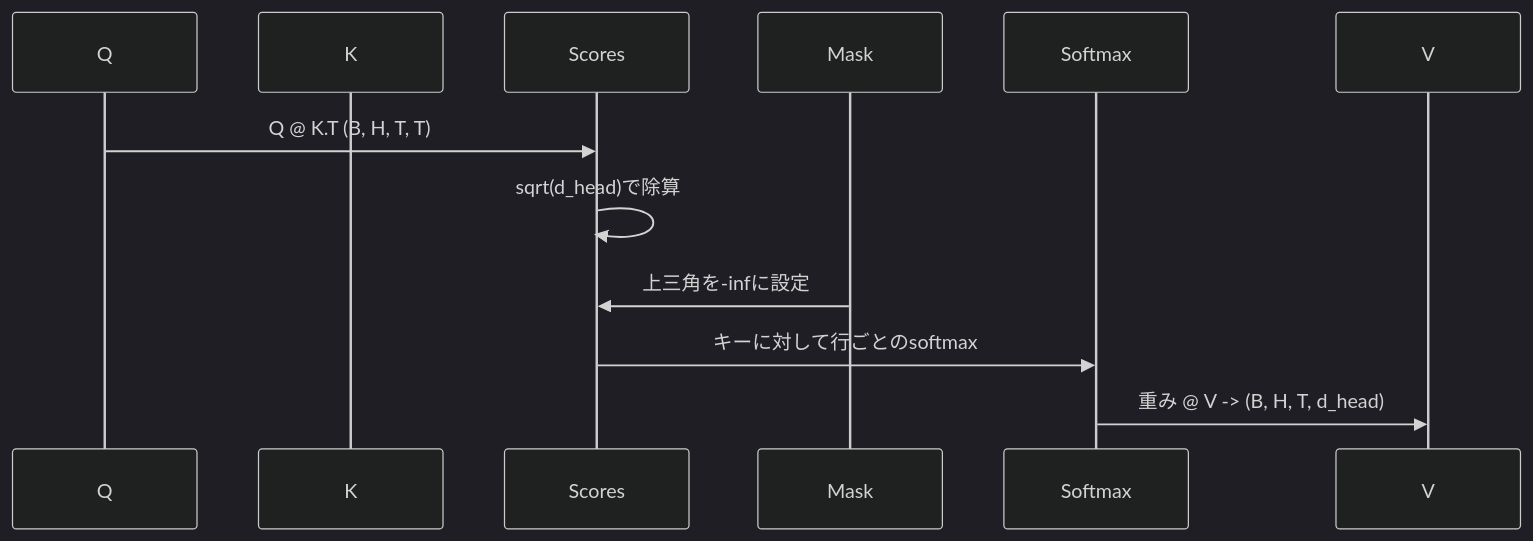
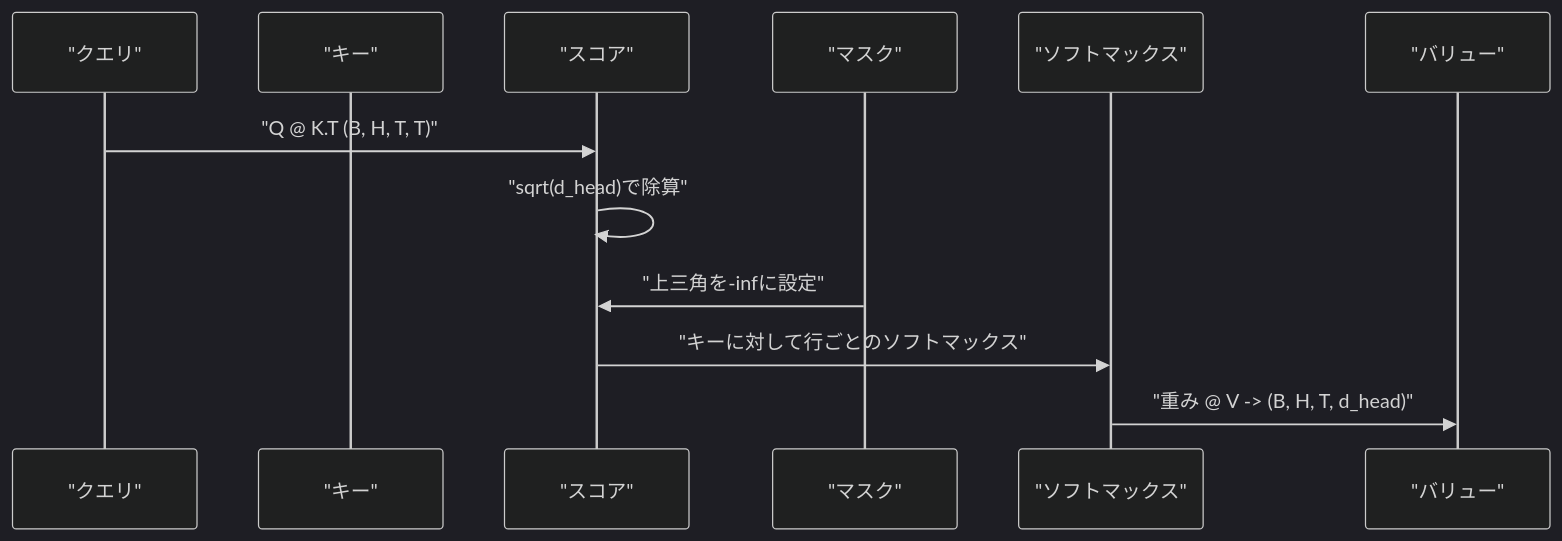
Before and after one commit to shoshoshomen/synapse-academy: the second of 2 diagrams in content/phases/19-capstone-projects/33-multihead-self-attention/lesson.ja.md, drawn with Mermaid (dark theme). The commit also changed other lines of this file and 124 other files, not shown here.

First line of the commit message:
feat(i18n): mermaid図のラベルを日本語化(194レッスン/374図)

````diff
--- a/content/phases/19-capstone-projects/33-multihead-self-attention/lesson.ja.md
+++ b/content/phases/19-capstone-projects/33-multihead-self-attention/lesson.ja.md
@@ -61,14 +61,14 @@
 ```mermaid
 sequenceDiagram
-    participant Q
-    participant K
-    participant Scores
-    participant Mask
-    participant Softmax
-    participant V
-    Q->>Scores: Q @ K.T (B, H, T, T)
-    Scores->>Scores: sqrt(d_head)で除算
-    Mask->>Scores: 上三角を-infに設定
-    Scores->>Softmax: キーに対して行ごとのsoftmax
-    Softmax->>V: 重み @ V -> (B, H, T, d_head)
+    participant Q as "クエリ"
+    participant K as "キー"
+    participant Scores as "スコア"
+    participant Mask as "マスク"
+    participant Softmax as "ソフトマックス"
+    participant V as "バリュー"
+    Q->>Scores: "Q @ K.T (B, H, T, T)"
+    Scores->>Scores: "sqrt(d_head)で除算"
+    Mask->>Scores: "上三角を-infに設定"
+    Scores->>Softmax: "キーに対して行ごとのソフトマックス"
+    Softmax->>V: "重み @ V -> (B, H, T, d_head)"
 ```
````
